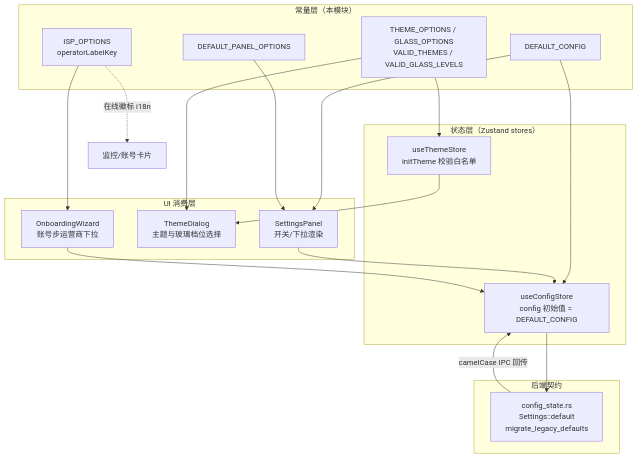
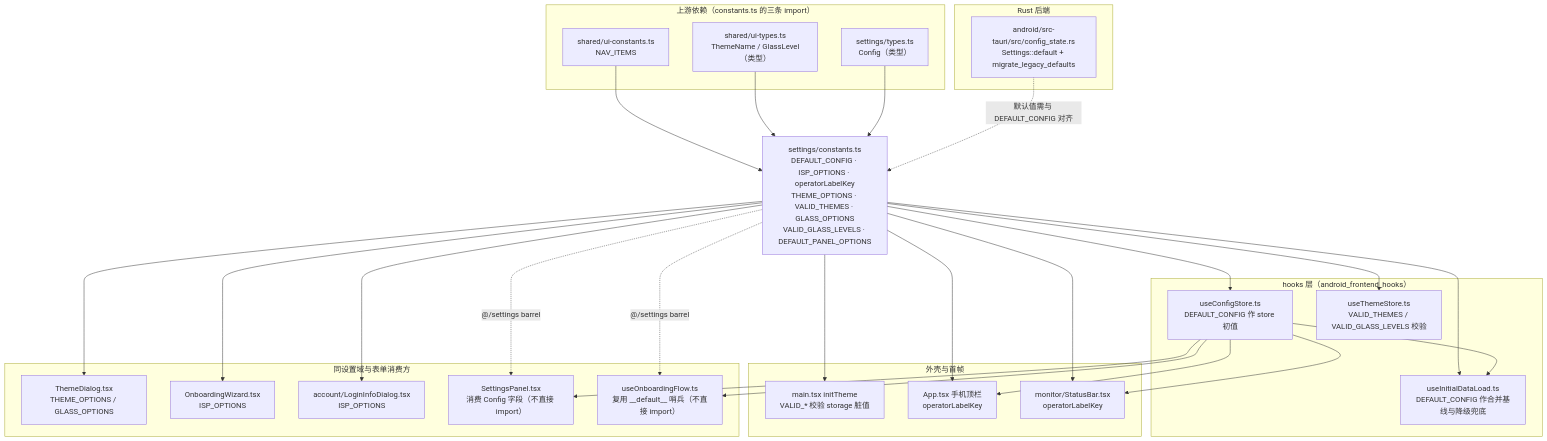
Before and after one commit to ikliml666/Wxxy-CampusLogin: the first of 6 diagrams in .codewiki/modules/android-frontend-settings-constants.md, drawn with Mermaid. The commit also changed other lines of this file and 21 other files, not shown here.

````diff
--- a/.codewiki/modules/android-frontend-settings-constants.md
+++ b/.codewiki/modules/android-frontend-settings-constants.md
@@ -28,39 +52,58 @@
 ```mermaid
-flowchart TD
-    subgraph 常量层["常量层（本模块）"]
-        C1["DEFAULT_CONFIG"]
-        C2["ISP_OPTIONS<br/>operatorLabelKey"]
-        C3["THEME_OPTIONS / GLASS_OPTIONS<br/>VALID_THEMES / VALID_GLASS_LEVELS"]
-        C4["DEFAULT_PANEL_OPTIONS"]
+flowchart TB
+    subgraph UP["上游依赖（constants.ts 的三条 import）"]
+        NAV["shared/ui-constants.ts<br/>NAV_ITEMS"]
+        UIT["shared/ui-types.ts<br/>ThemeName / GlassLevel（类型）"]
+        CFGT["settings/types.ts<br/>Config（类型）"]
     end
 
-    subgraph 状态层["状态层（Zustand stores）"]
-        S1["useConfigStore<br/>config 初始值 = DEFAULT_CONFIG"]
-        S2["useThemeStore<br/>initTheme 校验白名单"]
+    CONST["settings/constants.ts<br/>DEFAULT_CONFIG · ISP_OPTIONS · operatorLabelKey<br/>THEME_OPTIONS · VALID_THEMES · GLASS_OPTIONS<br/>VALID_GLASS_LEVELS · DEFAULT_PANEL_OPTIONS"]
+
+    subgraph STORES["hooks 层（android_frontend_hooks）"]
+        CS["useConfigStore.ts<br/>DEFAULT_CONFIG 作 store 初值"]
+        TS["useThemeStore.ts<br/>VALID_THEMES / VALID_GLASS_LEVELS 校验"]
+        UIL["useInitialDataLoad.ts<br/>DEFAULT_CONFIG 作合并基线与降级兜底"]
     end
 
-    subgraph UI层["UI 消费层"]
-        U1["SettingsPanel<br/>开关/下拉渲染"]
-        U2["ThemeDialog<br/>主题与玻璃档位选择"]
-        U3["OnboardingWizard<br/>账号步运营商下拉"]
+    subgraph SHELL["外壳与首帧"]
+        MAIN["main.tsx initTheme<br/>VALID_* 校验 storage 脏值"]
+        APP["App.tsx 手机顶栏<br/>operatorLabelKey"]
+        SB["monitor/StatusBar.tsx<br/>operatorLabelKey"]
     end
 
-    subgraph 后端["后端契约"]
-        R1["config_state.rs<br/>Settings::default<br/>migrate_legacy_defaults"]
+    subgraph SIDE["同设置域与表单消费方"]
+        TD["ThemeDialog.tsx<br/>THEME_OPTIONS / GLASS_OPTIONS"]
+        OW["OnboardingWizard.tsx<br/>ISP_OPTIONS"]
+        LID["account/LoginInfoDialog.tsx<br/>ISP_OPTIONS"]
+        SP["SettingsPanel.tsx<br/>消费 Config 字段（不直接 import）"]
+        ONB["useOnboardingFlow.ts<br/>复用 __default__ 哨兵（不直接 import）"]
     end
 
-    C1 --> S1
-    C3 --> S2
-    C1 --> U1
-    C3 --> U2
-    C2 --> U3
-    C2 -.->|"在线徽标 i18n"| U4["监控/账号卡片"]
-    C4 --> U1
+    subgraph BACK["Rust 后端"]
+        CSTATE["android/src-tauri/src/config_state.rs<br/>Settings::default + migrate_legacy_defaults"]
+    end
 
-    S1 --> R1
-    S2 --> U2
-    U1 --> S1
-    U3 --> S1
+    NAV --> CONST
+    UIT --> CONST
+    CFGT --> CONST
 
-    R1 -->|"camelCase IPC 回传"| S1
+    CONST --> CS
+    CONST --> TS
+    CONST --> UIL
+    CONST --> MAIN
+    CONST --> APP
+    CONST --> SB
+    CONST --> TD
+    CONST --> OW
+    CONST --> LID
+    CONST -. "@/settings barrel" .-> SP
+    CONST -. "@/settings barrel" .-> ONB
+
+    CS --> UIL
+    CS --> SP
+    CS --> ONB
+    CS --> APP
+    CS --> SB
+
+    CSTATE -. "默认值需与 DEFAULT_CONFIG 对齐" .-> CONST
 ```
````
